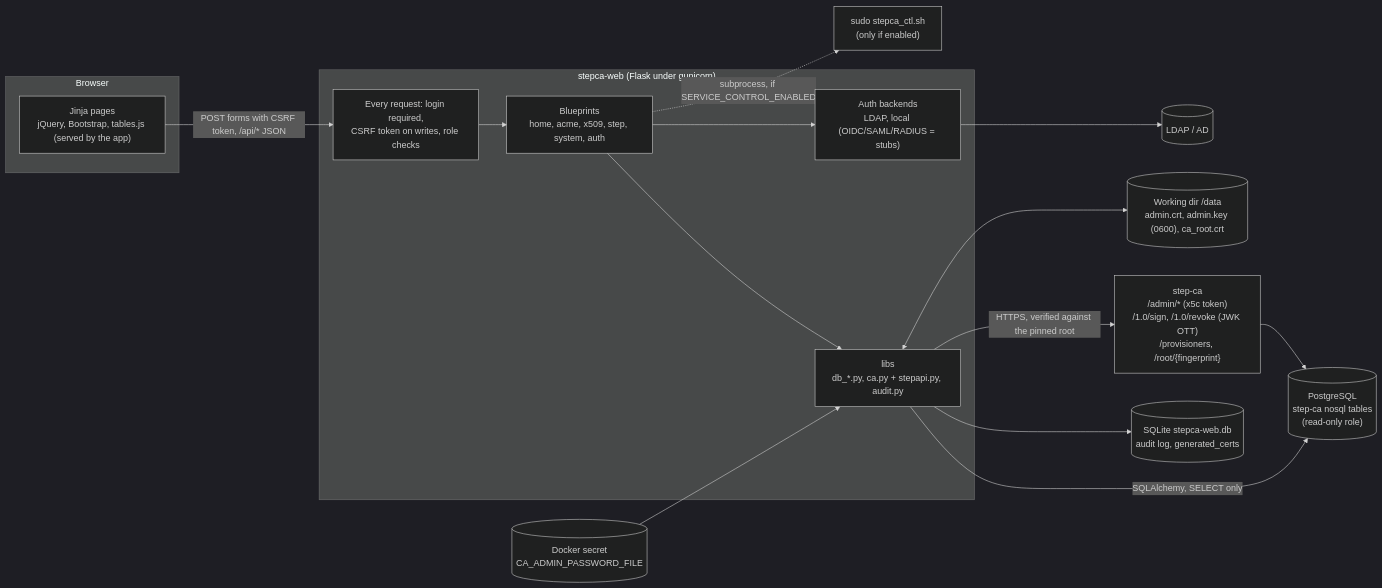
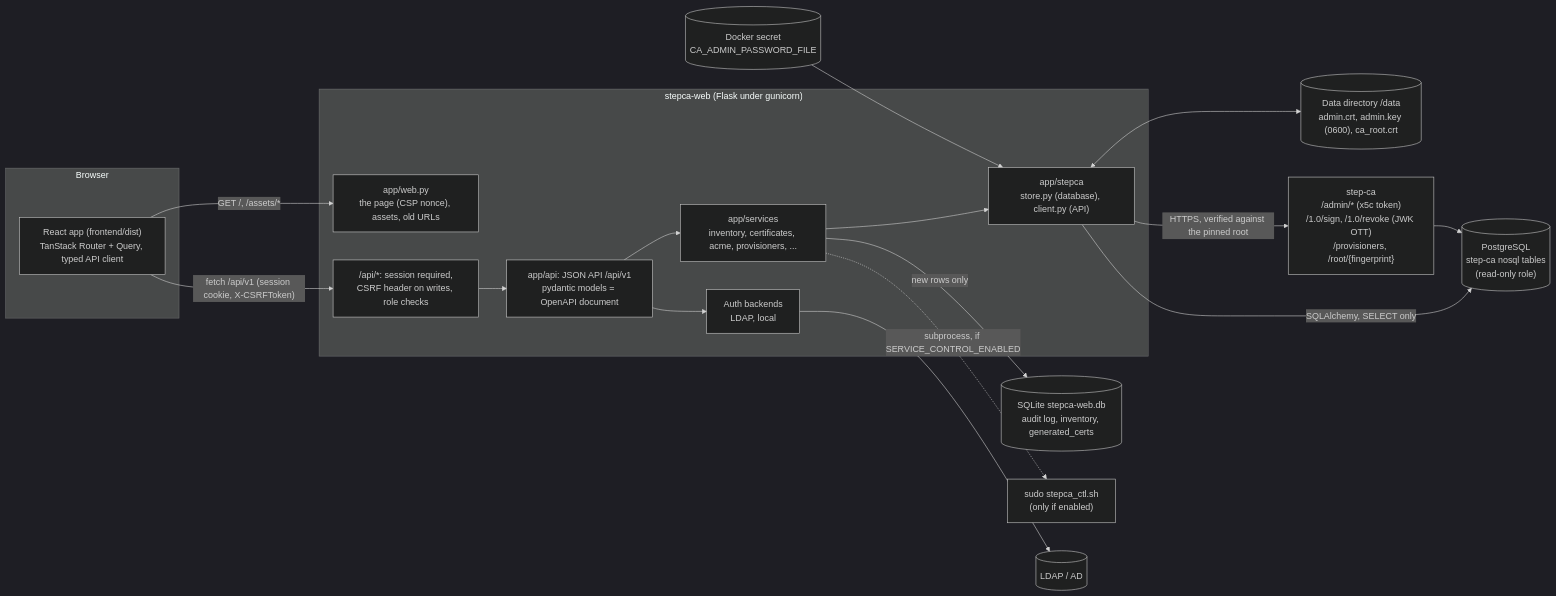
The second of 2 diagrams in docs/analysis-report.md (damhau/stepca-web), drawn with Mermaid (dark theme) before and after one commit. The commit also changed other lines of this file and 1 other file, not shown here.

First line of the commit message:
README and analysis report: the React frontend and the inventory

````diff
--- a/docs/analysis-report.md
+++ b/docs/analysis-report.md
@@ -158,30 +158,32 @@
 ```mermaid
 flowchart LR
   subgraph B["Browser"]
-    UI["Jinja pages<br/>jQuery, Bootstrap, tables.js (served by the app)"]
+    UI["React app (frontend/dist)<br/>TanStack Router + Query, typed API client"]
   end
   subgraph W["stepca-web (Flask under gunicorn)"]
-    MW["Every request: login required,<br/>CSRF token on writes, role checks"]
-    BP["Blueprints<br/>home, acme, x509, step, system, auth"]
-    LIB["libs<br/>db_*.py, ca.py + stepapi.py, audit.py"]
-    AUTH["Auth backends<br/>LDAP, local (OIDC/SAML/RADIUS = stubs)"]
+    WEB["app/web.py<br/>the page (CSP nonce), assets, old URLs"]
+    MW["/api/*: session required,<br/>CSRF header on writes, role checks"]
+    API["app/api: JSON API /api/v1<br/>pydantic models = OpenAPI document"]
+    SVC["app/services<br/>inventory, certificates, acme, provisioners, ..."]
+    STEP["app/stepca<br/>store.py (database), client.py (API)"]
+    AUTH["Auth backends<br/>LDAP, local"]
   end
   SECRET[("Docker secret<br/>CA_ADMIN_PASSWORD_FILE")]
-  FS[("Working dir /data<br/>admin.crt, admin.key (0600), ca_root.crt")]
-  SQ[("SQLite stepca-web.db<br/>audit log, generated_certs")]
+  FS[("Data directory /data<br/>admin.crt, admin.key (0600), ca_root.crt")]
+  SQ[("SQLite stepca-web.db<br/>audit log, inventory, generated_certs")]
   PG[("PostgreSQL<br/>step-ca nosql tables<br/>(read-only role)")]
   CA["step-ca<br/>/admin/* (x5c token)<br/>/1.0/sign, /1.0/revoke (JWK OTT)<br/>/provisioners, /root/{fingerprint}"]
   SYS["sudo stepca_ctl.sh<br/>(only if enabled)"]
   LDAP[("LDAP / AD")]
 
-  UI -- "POST forms with CSRF token, /api/* JSON" --> MW --> BP
-  BP --> LIB
-  BP --> AUTH --> LDAP
-  LIB -- "SQLAlchemy, SELECT only" --> PG
-  LIB --> SQ
-  LIB -- "HTTPS, verified against the pinned root" --> CA
-  LIB <--> FS
-  SECRET --> LIB
-  BP -.->|"subprocess, if SERVICE_CONTROL_ENABLED"| SYS
+  UI -- "GET /, /assets/*" --> WEB
+  UI -- "fetch /api/v1 (session cookie, X-CSRFToken)" --> MW --> API --> SVC --> STEP
+  API --> AUTH --> LDAP
+  STEP -- "SQLAlchemy, SELECT only" --> PG
+  SVC -- "new rows only" --> SQ
+  STEP -- "HTTPS, verified against the pinned root" --> CA
+  STEP <--> FS
+  SECRET --> STEP
+  SVC -.->|"subprocess, if SERVICE_CONTROL_ENABLED"| SYS
   CA --> PG
 ```
````
